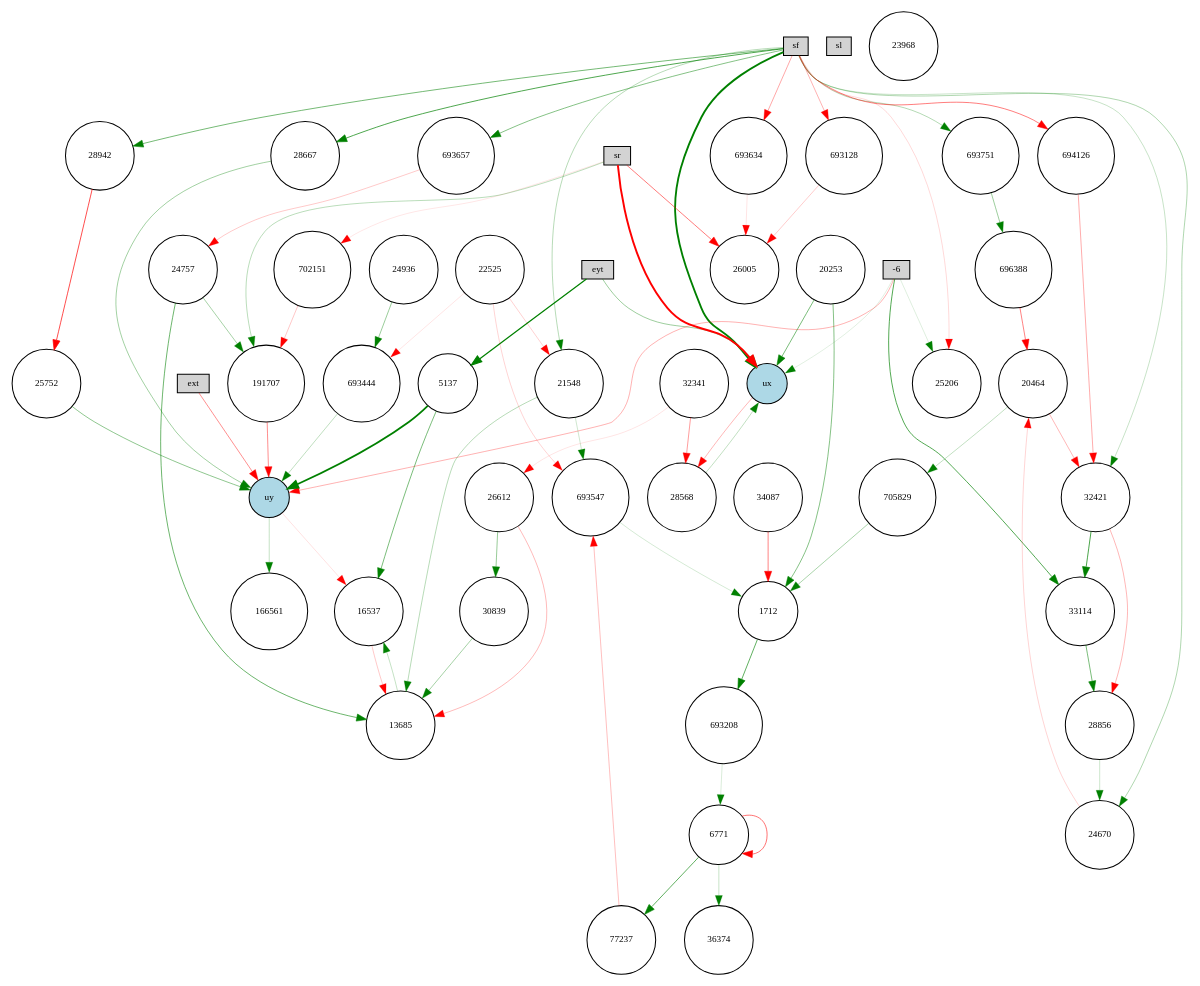
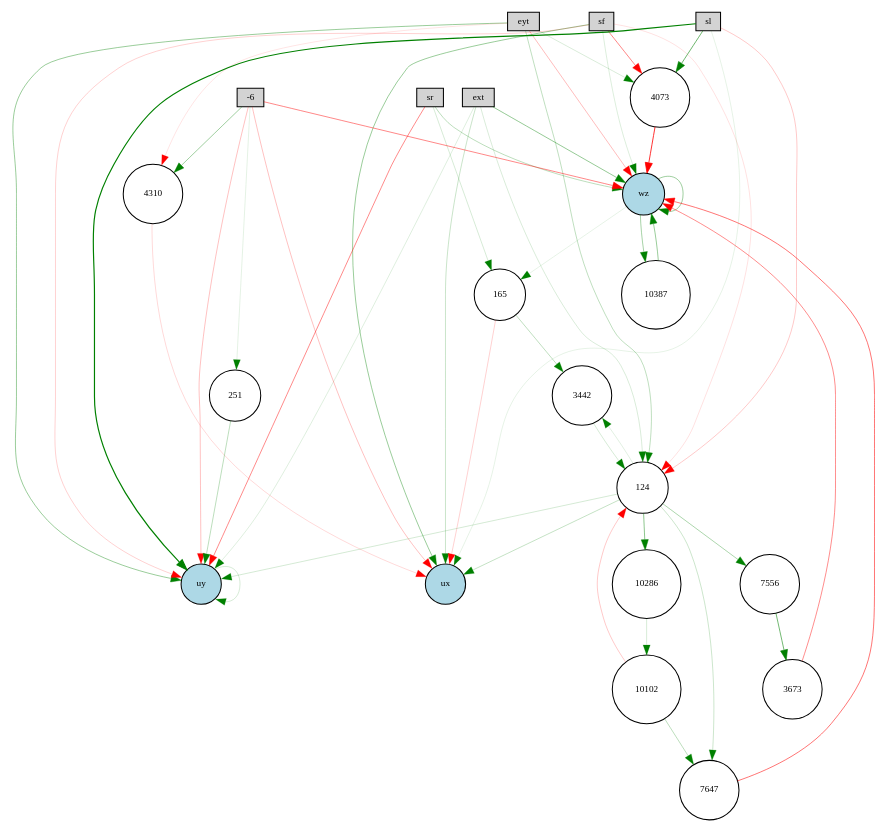
The diagram in pictures_ctrnn/winner-feedforward-enabled.gv (KaiL4eK/autopilot_simulator), drawn with Graphviz before and after one commit. The commit also changed 7 other files, not shown here.

```diff
--- a/pictures_ctrnn/winner-feedforward-enabled.gv
+++ b/pictures_ctrnn/winner-feedforward-enabled.gv
@@ -1,126 +1,73 @@
 digraph {
 	node [fontsize=9 height=0.2 shape=circle width=0.2]
 	ext [fillcolor=lightgray shape=box style=filled]
 	eyt [fillcolor=lightgray shape=box style=filled]
 	sf [fillcolor=lightgray shape=box style=filled]
 	sl [fillcolor=lightgray shape=box style=filled]
 	sr [fillcolor=lightgray shape=box style=filled]
 	-6 [fillcolor=lightgray shape=box style=filled]
 	ux [fillcolor=lightblue style=filled]
 	uy [fillcolor=lightblue style=filled]
-	693634 [fillcolor=white style=filled]
-	693751 [fillcolor=white style=filled]
-	693128 [fillcolor=white style=filled]
-	28942 [fillcolor=white style=filled]
-	5137 [fillcolor=white style=filled]
-	26005 [fillcolor=white style=filled]
-	36374 [fillcolor=white style=filled]
-	28568 [fillcolor=white style=filled]
-	16537 [fillcolor=white style=filled]
-	693657 [fillcolor=white style=filled]
-	25752 [fillcolor=white style=filled]
-	20253 [fillcolor=white style=filled]
-	23968 [fillcolor=white style=filled]
-	166561 [fillcolor=white style=filled]
-	32421 [fillcolor=white style=filled]
-	705829 [fillcolor=white style=filled]
-	34087 [fillcolor=white style=filled]
-	693547 [fillcolor=white style=filled]
-	21548 [fillcolor=white style=filled]
-	1712 [fillcolor=white style=filled]
-	77237 [fillcolor=white style=filled]
-	24757 [fillcolor=white style=filled]
-	28856 [fillcolor=white style=filled]
-	693444 [fillcolor=white style=filled]
-	696388 [fillcolor=white style=filled]
-	702151 [fillcolor=white style=filled]
-	32341 [fillcolor=white style=filled]
-	693208 [fillcolor=white style=filled]
-	33114 [fillcolor=white style=filled]
-	191707 [fillcolor=white style=filled]
-	24670 [fillcolor=white style=filled]
-	24936 [fillcolor=white style=filled]
-	694126 [fillcolor=white style=filled]
-	20464 [fillcolor=white style=filled]
-	6771 [fillcolor=white style=filled]
-	26612 [fillcolor=white style=filled]
-	13685 [fillcolor=white style=filled]
-	25206 [fillcolor=white style=filled]
-	30839 [fillcolor=white style=filled]
-	28667 [fillcolor=white style=filled]
-	22525 [fillcolor=white style=filled]
-	21548 -> 13685 [color=green penwidth=0.28194837104882 style=solid]
-	191707 -> uy [color=red penwidth=0.4447049996546627 style=solid]
-	eyt -> ux [color=green penwidth=0.3784983251714519 style=solid]
-	24757 -> 191707 [color=green penwidth=0.33750773655502553 style=solid]
-	32421 -> 28856 [color=red penwidth=0.2834022815479361 style=solid]
-	sr -> 702151 [color=red penwidth=0.10376612495198119 style=solid]
-	28568 -> ux [color=green penwidth=0.2387734502375045 style=solid]
-	uy -> 166561 [color=green penwidth=0.22975386555054889 style=solid]
-	693751 -> 696388 [color=green penwidth=0.38197245854079664 style=solid]
-	693208 -> 6771 [color=green penwidth=0.1498302548196702 style=solid]
-	694126 -> 32421 [color=red penwidth=0.3175292481757346 style=solid]
-	26612 -> 13685 [color=red penwidth=0.2743032288385471 style=solid]
-	ux -> 28568 [color=red penwidth=0.27756943563168135 style=solid]
-	sf -> 21548 [color=green penwidth=0.27542367669676415 style=solid]
-	30839 -> 13685 [color=green penwidth=0.35386106715061805 style=solid]
-	sf -> 693634 [color=red penwidth=0.3367696183783069 style=solid]
-	24670 -> 20464 [color=red penwidth=0.16678155279477386 style=solid]
-	32341 -> 28568 [color=red penwidth=0.38183151366758905 style=solid]
-	32341 -> 26612 [color=red penwidth=0.11360983465788879 style=solid]
-	-6 -> uy [color=red penwidth=0.2961246021598851 style=solid]
-	702151 -> 191707 [color=red penwidth=0.2178345949243985 style=solid]
-	693128 -> 26005 [color=red penwidth=0.20199061182154698 style=solid]
-	25752 -> uy [color=green penwidth=0.42931668017675617 style=solid]
-	sf -> 693751 [color=green penwidth=0.29401231008477013 style=solid]
-	20253 -> ux [color=green penwidth=0.5085952398376411 style=solid]
-	77237 -> 693547 [color=red penwidth=0.25094022625036727 style=solid]
-	693657 -> 24757 [color=red penwidth=0.21305176952187527 style=solid]
-	sf -> 28942 [color=green penwidth=0.5335552275390121 style=solid]
-	22525 -> 693444 [color=red penwidth=0.11408299089543678 style=solid]
-	28856 -> 24670 [color=green penwidth=0.19724513931706883 style=solid]
-	26612 -> 30839 [color=green penwidth=0.4002038860915822 style=solid]
-	20464 -> 32421 [color=red penwidth=0.2763900145326906 style=solid]
-	-6 -> 33114 [color=green penwidth=0.6570323930379508 style=solid]
-	6771 -> 6771 [color=red penwidth=0.5446911459797643 style=solid]
-	sr -> 26005 [color=red penwidth=0.5073437000528107 style=solid]
-	sf -> 25206 [color=red penwidth=0.1495153223550909 style=solid]
-	32421 -> 33114 [color=green penwidth=0.6930341859114788 style=solid]
-	6771 -> 36374 [color=green penwidth=0.21782707109453597 style=solid]
-	1712 -> 693208 [color=green penwidth=0.6132586497837321 style=solid]
-	693444 -> uy [color=green penwidth=0.2487917039479975 style=solid]
-	6771 -> 77237 [color=green penwidth=0.6134854114438518 style=solid]
-	693547 -> 1712 [color=green penwidth=0.17221476332825592 style=solid]
-	sr -> 191707 [color=green penwidth=0.26750121441930025 style=solid]
-	sf -> 693128 [color=red penwidth=0.29875054383074573 style=solid]
-	5137 -> 16537 [color=green penwidth=0.5054414563078713 style=solid]
-	24936 -> 693444 [color=green penwidth=0.3946091704546203 style=solid]
-	33114 -> 28856 [color=green penwidth=0.5073576495962802 style=solid]
-	ext -> uy [color=red penwidth=0.42761711208398634 style=solid]
-	uy -> 16537 [color=red penwidth=0.11735645006521328 style=solid]
-	705829 -> 1712 [color=green penwidth=0.333430870472929 style=solid]
-	-6 -> ux [color=green penwidth=0.11860221673140871 style=solid]
-	-6 -> 25206 [color=green penwidth=0.13211126623276848 style=solid]
-	696388 -> 20464 [color=red penwidth=0.48447955276949817 style=solid]
-	sf -> 694126 [color=red penwidth=0.5014947057985525 style=solid]
-	sf -> 693657 [color=green penwidth=0.47376197802753905 style=solid]
-	20253 -> 1712 [color=green penwidth=0.473523593099869 style=solid]
-	sr -> ux [color=red penwidth=1.8798568284701593 style=solid]
-	13685 -> 16537 [color=green penwidth=0.2346003904275582 style=solid]
-	24757 -> 13685 [color=green penwidth=0.5598432259668193 style=solid]
-	28942 -> 25752 [color=red penwidth=0.6824913712669342 style=solid]
-	5137 -> uy [color=green penwidth=1.7442347601126293 style=solid]
-	eyt -> 5137 [color=green penwidth=1.2000876774620028 style=solid]
-	28667 -> uy [color=green penwidth=0.3569164399217627 style=solid]
-	34087 -> 1712 [color=red penwidth=0.4802753944675453 style=solid]
-	21548 -> 693547 [color=green penwidth=0.1861347524870268 style=solid]
-	22525 -> 693547 [color=red penwidth=0.17160001542497902 style=solid]
-	sf -> 28667 [color=green penwidth=0.6756893272853312 style=solid]
-	22525 -> 21548 [color=red penwidth=0.1779849199175086 style=solid]
-	20464 -> 705829 [color=green penwidth=0.2431660102338182 style=solid]
-	sf -> 24670 [color=green penwidth=0.3059699448587081 style=solid]
-	693634 -> 26005 [color=red penwidth=0.11434100721874445 style=solid]
-	sf -> ux [color=green penwidth=1.797634980336036 style=solid]
-	16537 -> 13685 [color=red penwidth=0.20552023736379937 style=solid]
-	sf -> 32421 [color=green penwidth=0.22444517820868504 style=solid]
+	wz [fillcolor=lightblue style=filled]
+	7556 [fillcolor=white style=filled]
+	165 [fillcolor=white style=filled]
+	4073 [fillcolor=white style=filled]
+	10286 [fillcolor=white style=filled]
+	3442 [fillcolor=white style=filled]
+	10387 [fillcolor=white style=filled]
+	10102 [fillcolor=white style=filled]
+	4310 [fillcolor=white style=filled]
+	3673 [fillcolor=white style=filled]
+	251 [fillcolor=white style=filled]
+	124 [fillcolor=white style=filled]
+	7647 [fillcolor=white style=filled]
+	sl -> 124 [color=red penwidth=0.20997772084048266 style=solid]
+	-6 -> 4310 [color=green penwidth=0.36528828261009694 style=solid]
+	7556 -> 3673 [color=green penwidth=0.5416207111874182 style=solid]
+	3442 -> 124 [color=green penwidth=0.16011210006896265 style=solid]
+	eyt -> wz [color=red penwidth=0.2647330525764645 style=solid]
+	124 -> ux [color=green penwidth=0.23031736511795572 style=solid]
+	4310 -> ux [color=red penwidth=0.1502130890819292 style=solid]
+	ext -> ux [color=green penwidth=0.21273746242637814 style=solid]
+	ext -> uy [color=green penwidth=0.12720269538205736 style=solid]
+	sr -> uy [color=red penwidth=0.45134154318622555 style=solid]
+	-6 -> 251 [color=green penwidth=0.1082627426678353 style=solid]
+	ext -> 124 [color=green penwidth=0.15166148011047537 style=solid]
+	-6 -> ux [color=red penwidth=0.2411137919303114 style=solid]
+	165 -> 3442 [color=green penwidth=0.2493069430911863 style=solid]
+	eyt -> 4310 [color=red penwidth=0.10764073798475564 style=solid]
+	sf -> wz [color=green penwidth=0.1370533544326312 style=solid]
+	7647 -> wz [color=red penwidth=0.5286415449889652 style=solid]
+	eyt -> uy [color=green penwidth=0.39258594847344896 style=solid]
+	3673 -> wz [color=red penwidth=0.44369623556826776 style=solid]
+	10102 -> 124 [color=red penwidth=0.20680002377348253 style=solid]
+	10286 -> 10102 [color=green penwidth=0.15983445544763444 style=solid]
+	10102 -> 7647 [color=green penwidth=0.2630430156832237 style=solid]
+	uy -> uy [color=green penwidth=0.16362729976548568 style=solid]
+	124 -> 3442 [color=green penwidth=0.11583734475503563 style=solid]
+	sf -> 124 [color=red penwidth=0.1163712975590653 style=solid]
+	-6 -> uy [color=red penwidth=0.23533419106277229 style=solid]
+	4073 -> wz [color=red penwidth=0.7847033419868286 style=solid]
+	sf -> 4073 [color=red penwidth=0.4653985418821186 style=solid]
+	ext -> wz [color=green penwidth=0.40939926231824963 style=solid]
+	sf -> uy [color=red penwidth=0.1837819354367029 style=solid]
+	10387 -> wz [color=green penwidth=0.3909373541380913 style=solid]
+	251 -> uy [color=green penwidth=0.26139973631588465 style=solid]
+	124 -> 10286 [color=green penwidth=0.4370962872446509 style=solid]
+	165 -> ux [color=red penwidth=0.1774137453787577 style=solid]
+	sl -> ux [color=green penwidth=0.1001261571642583 style=solid]
+	wz -> 10387 [color=green penwidth=0.34072994480209007 style=solid]
+	sr -> wz [color=green penwidth=0.26074044250654826 style=solid]
+	sr -> 165 [color=green penwidth=0.15881124402504182 style=solid]
+	sl -> uy [color=green penwidth=1.1476422987894281 style=solid]
+	124 -> 7647 [color=green penwidth=0.2036627949941402 style=solid]
+	124 -> 7556 [color=green penwidth=0.31686779132971576 style=solid]
+	eyt -> 4073 [color=green penwidth=0.15153097491660017 style=solid]
+	sl -> 4073 [color=green penwidth=0.564244953475575 style=solid]
+	wz -> wz [color=green penwidth=0.37438572371380097 style=solid]
+	sf -> ux [color=green penwidth=0.38887665637415414 style=solid]
+	-6 -> wz [color=red penwidth=0.4597679803817717 style=solid]
+	eyt -> 124 [color=green penwidth=0.24575941427590606 style=solid]
+	124 -> uy [color=green penwidth=0.16580057599977482 style=solid]
+	wz -> 165 [color=green penwidth=0.10272608780496312 style=solid]
 }
```
